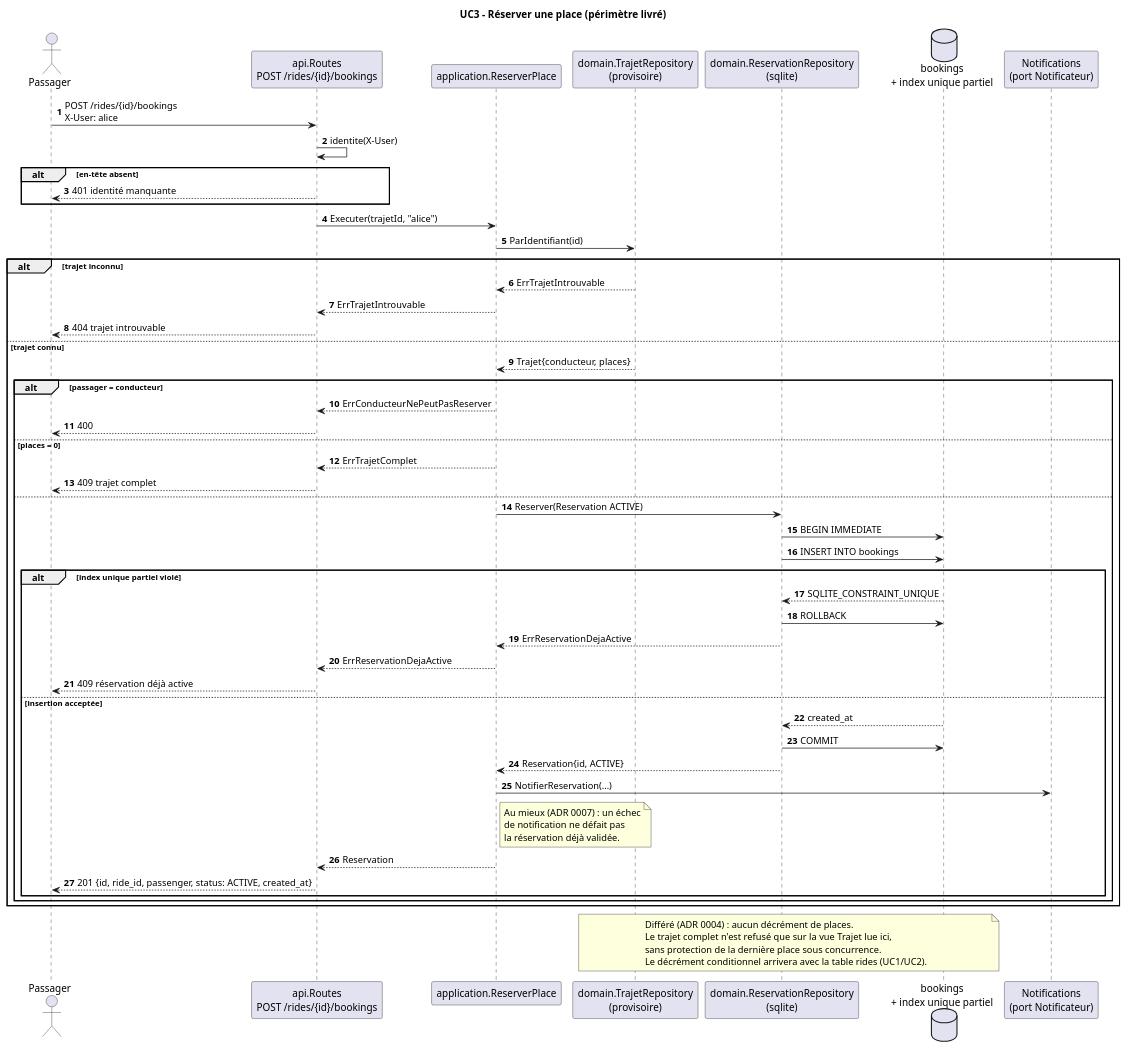
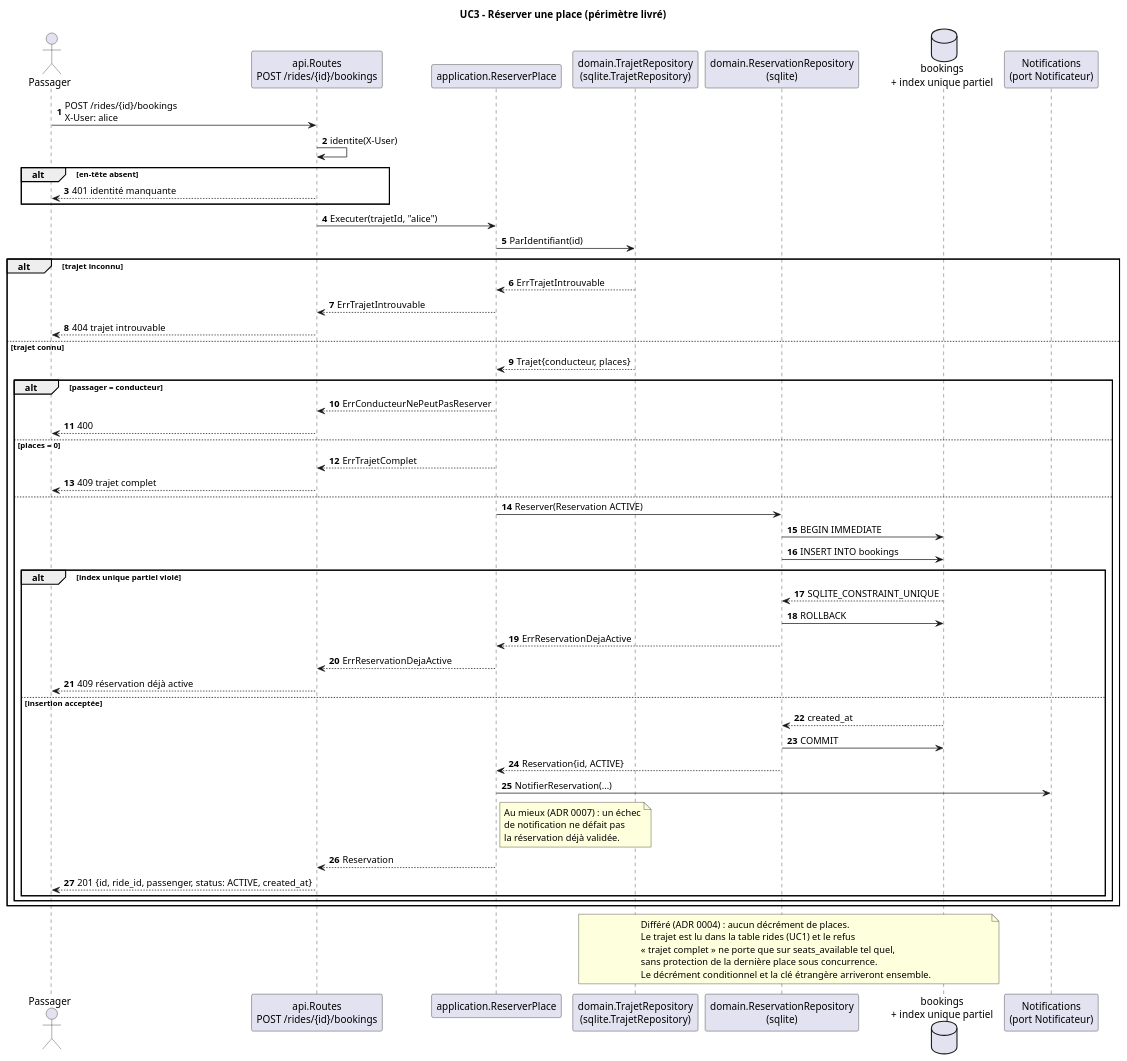
One commit to alaa-ilehi/Wasalni changed the diagram in docs/uml/uc3-sequence.puml. Above: the diagram before and after it, drawn with PlantUML. The commit also changed 6 other files, not shown here.

```diff
--- a/docs/uml/uc3-sequence.puml
+++ b/docs/uml/uc3-sequence.puml
@@ -1,66 +1,67 @@
 @startuml uc3-sequence
 title UC3 - Réserver une place (périmètre livré)
 autonumber
 
 actor "Passager" as Passager
 participant "api.Routes\nPOST /rides/{id}/bookings" as API
 participant "application.ReserverPlace" as UC
-participant "domain.TrajetRepository\n(provisoire)" as Trajets
+participant "domain.TrajetRepository\n(sqlite.TrajetRepository)" as Trajets
 participant "domain.ReservationRepository\n(sqlite)" as Reservations
 database "bookings\n+ index unique partiel" as DB
 participant "Notifications\n(port Notificateur)" as Notif
 
 Passager -> API : POST /rides/{id}/bookings\nX-User: alice
 API -> API : identite(X-User)
 alt en-tête absent
   API --> Passager : 401 identité manquante
 end
 
 API -> UC : Executer(trajetId, "alice")
 UC -> Trajets : ParIdentifiant(id)
 alt trajet inconnu
   Trajets --> UC : ErrTrajetIntrouvable
   UC --> API : ErrTrajetIntrouvable
   API --> Passager : 404 trajet introuvable
 else trajet connu
   Trajets --> UC : Trajet{conducteur, places}
   alt passager = conducteur
     UC --> API : ErrConducteurNePeutPasReserver
     API --> Passager : 400
   else places = 0
     UC --> API : ErrTrajetComplet
     API --> Passager : 409 trajet complet
   else
     UC -> Reservations : Reserver(Reservation ACTIVE)
     Reservations -> DB : BEGIN IMMEDIATE
     Reservations -> DB : INSERT INTO bookings
     alt index unique partiel violé
       DB --> Reservations : SQLITE_CONSTRAINT_UNIQUE
       Reservations -> DB : ROLLBACK
       Reservations --> UC : ErrReservationDejaActive
       UC --> API : ErrReservationDejaActive
       API --> Passager : 409 réservation déjà active
     else insertion acceptée
       DB --> Reservations : created_at
       Reservations -> DB : COMMIT
       Reservations --> UC : Reservation{id, ACTIVE}
       UC -> Notif : NotifierReservation(...)
       note right of UC
         Au mieux (ADR 0007) : un échec
         de notification ne défait pas
         la réservation déjà validée.
       end note
       UC --> API : Reservation
       API --> Passager : 201 {id, ride_id, passenger, status: ACTIVE, created_at}
     end
   end
 end
 
 note over Trajets, DB
   Différé (ADR 0004) : aucun décrément de places.
-  Le trajet complet n'est refusé que sur la vue Trajet lue ici,
+  Le trajet est lu dans la table rides (UC1) et le refus
+  « trajet complet » ne porte que sur seats_available tel quel,
   sans protection de la dernière place sous concurrence.
-  Le décrément conditionnel arrivera avec la table rides (UC1/UC2).
+  Le décrément conditionnel et la clé étrangère arriveront ensemble.
 end note
 
 @enduml
```
